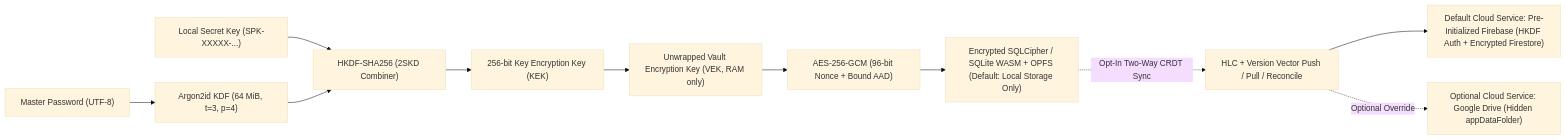
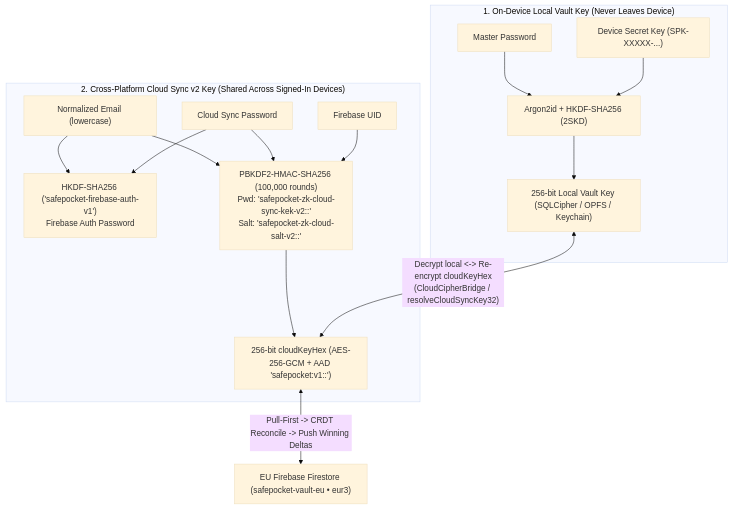
Before and after one commit to petrosvassiliou/safepocket: the diagram in ARCHITECTURE.md, drawn with Mermaid (base theme). The commit also changed other lines of this file and 3 other files, not shown here.

Commit message:
docs: update README, ARCHITECTURE, AGENTS, and v0.4.0 walkthrough for local workspace handoff

````diff
--- a/ARCHITECTURE.md
+++ b/ARCHITECTURE.md
@@ -16,13 +19,20 @@
 ```mermaid
-flowchart LR
-    MP["Master Password (UTF-8)"] --> ARG["Argon2id KDF (64 MiB, t=3, p=4)"]
-    SK["Local Secret Key (SPK-XXXXX-...)"] --> HKDF["HKDF-SHA256 (2SKD Combiner)"]
-    ARG --> HKDF
-    HKDF --> KEK["256-bit Key Encryption Key (KEK)"]
-    KEK --> VEK["Unwrapped Vault Encryption Key (VEK, RAM only)"]
-    VEK --> GCM["AES-256-GCM (96-bit Nonce + Bound AAD)"]
-    GCM --> LOCAL["Encrypted SQLCipher / SQLite WASM + OPFS (Default: Local Storage Only)"]
-    LOCAL -. "Opt-In Two-Way CRDT Sync" .-> CRDT["HLC + Version Vector Push / Pull / Reconcile"]
-    CRDT --> FB["Default Cloud Service: Pre-Initialized Firebase (HKDF Auth + Encrypted Firestore)"]
-    CRDT -. "Optional Override" .-> GD["Optional Cloud Service: Google Drive (Hidden appDataFolder)"]
+flowchart TD
+    subgraph Local["1. On-Device Local Vault Key (Never Leaves Device)"]
+        MP["Master Password"] --> KDF1["Argon2id + HKDF-SHA256 (2SKD)"]
+        SK["Device Secret Key (SPK-XXXXX-...)"] --> KDF1
+        KDF1 --> LVEK["256-bit Local Vault Key (SQLCipher / OPFS / Keychain)"]
+    end
+
+    subgraph Cloud["2. Cross-Platform Cloud Sync v2 Key (Shared Across Signed-In Devices)"]
+        EM["Normalized Email (lowercase)"] --> AUTH["HKDF-SHA256 ('safepocket-firebase-auth-v1')<br/>Firebase Auth Password"]
+        SP["Cloud Sync Password"] --> AUTH
+        EM --> CKDF["PBKDF2-HMAC-SHA256 (100,000 rounds)<br/>Pwd: 'safepocket-zk-cloud-sync-kek-v2:<email>:<pwd>'<br/>Salt: 'safepocket-zk-cloud-salt-v2:<uid>:<email>'"]
+        SP --> CKDF
+        UID["Firebase UID"] --> CKDF
+        CKDF --> CKEK["256-bit cloudKeyHex (AES-256-GCM + AAD 'safepocket:v1:<category>:<id>')"]
+    end
+
+    LVEK <-->|"Decrypt local <-> Re-encrypt cloudKeyHex<br/>(CloudCipherBridge / resolveCloudSyncKey32)"| CKEK
+    CKEK <-->|"Pull-First -> CRDT Reconcile -> Push Winning Deltas"| FS["EU Firebase Firestore (safepocket-vault-eu • eur3)"]
 ```
````
